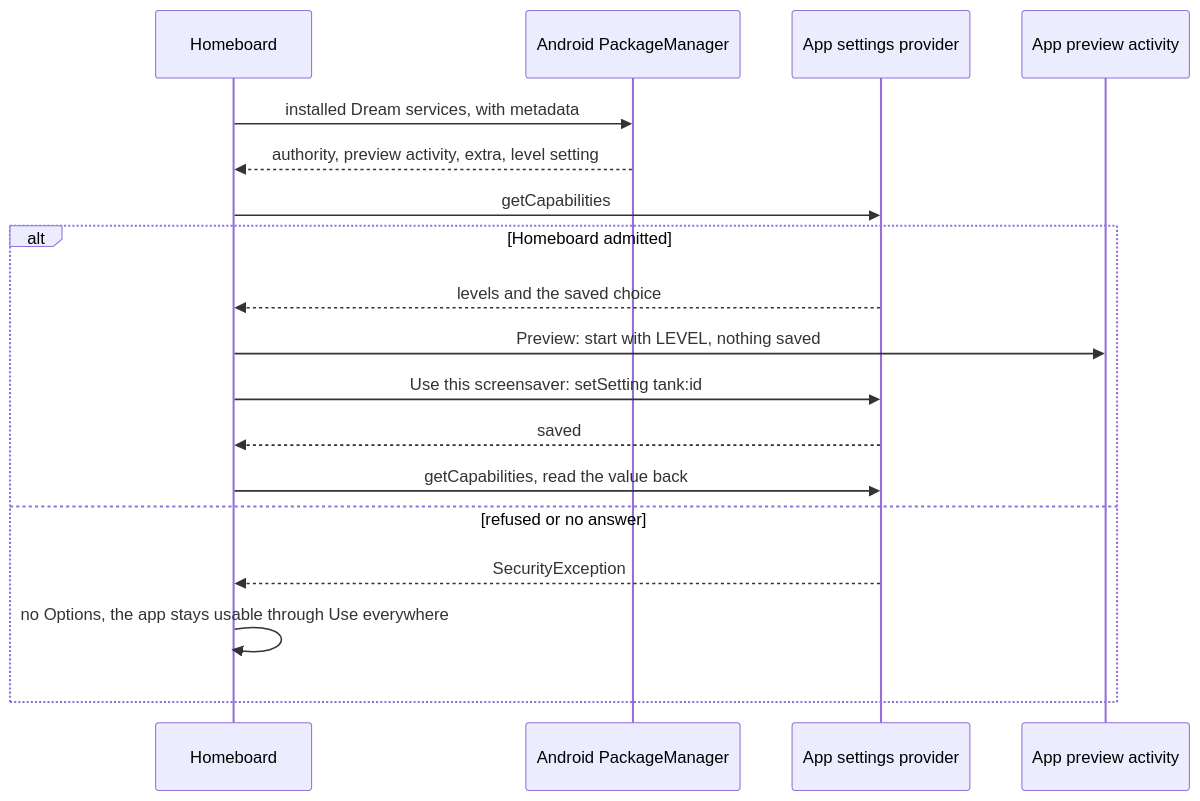
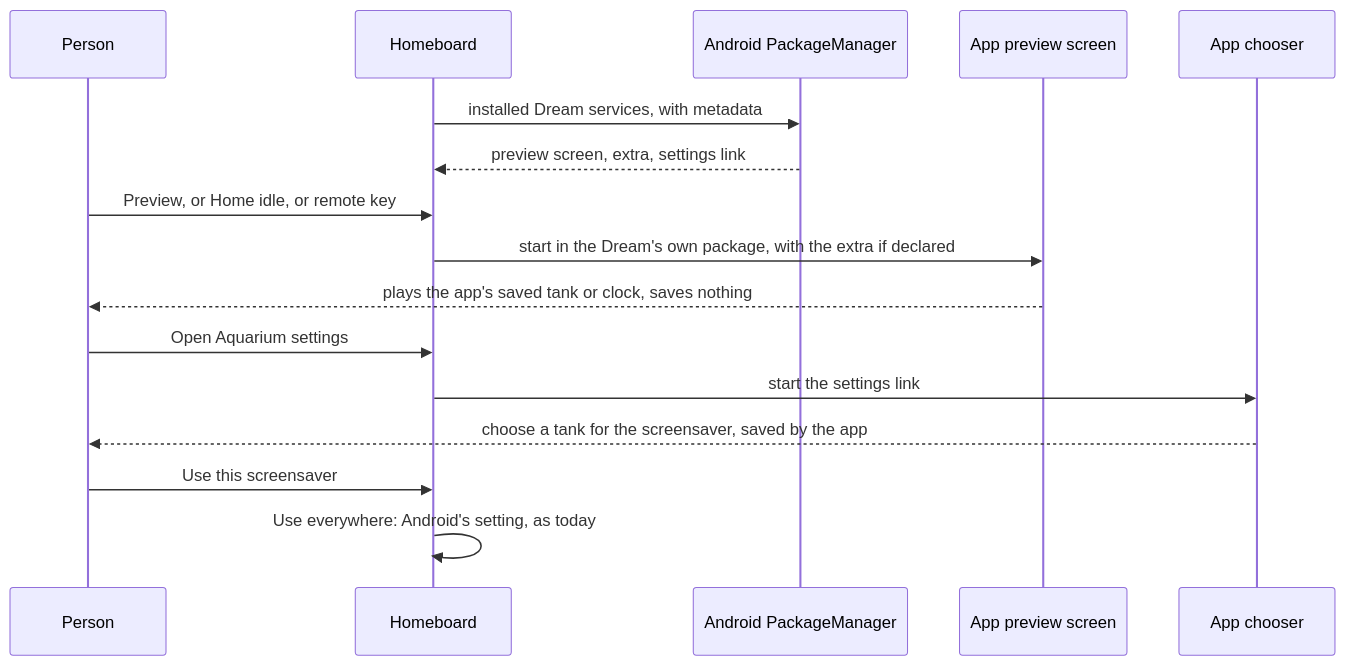
One commit to wbniv/homeboard-tv changed the diagram in docs/plans/2026-11-26-screensaver-companion-contract.md. Above: the diagram before and after it, drawn with Mermaid. The commit also changed other lines of this file and 4 other files, not shown here.

````diff
--- a/docs/plans/2026-11-26-screensaver-companion-contract.md
+++ b/docs/plans/2026-11-26-screensaver-companion-contract.md
@@ -59,20 +35,18 @@
 ```mermaid
 sequenceDiagram
+    participant P as Person
     participant H as Homeboard
     participant PM as Android PackageManager
-    participant P as App settings provider
-    participant A as App preview activity
+    participant A as App preview screen
+    participant C as App chooser
     H->>PM: installed Dream services, with metadata
-    PM-->>H: authority, preview activity, extra, level setting
-    H->>P: getCapabilities
-    alt Homeboard admitted
-        P-->>H: levels and the saved choice
-        H->>A: Preview: start with LEVEL, nothing saved
-        H->>P: Use this screensaver: setSetting tank:id
-        P-->>H: saved
-        H->>P: getCapabilities, read the value back
-    else refused or no answer
-        P-->>H: SecurityException
-        H->>H: no Options, the app stays usable through Use everywhere
-    end
+    PM-->>H: preview screen, extra, settings link
+    P->>H: Preview, or Home idle, or remote key
+    H->>A: start in the Dream's own package, with the extra if declared
+    A-->>P: plays the app's saved tank or clock, saves nothing
+    P->>H: Open Aquarium settings
+    H->>C: start the settings link
+    C-->>P: choose a tank for the screensaver, saved by the app
+    P->>H: Use this screensaver
+    H->>H: Use everywhere: Android's setting, as today
 ```
````
